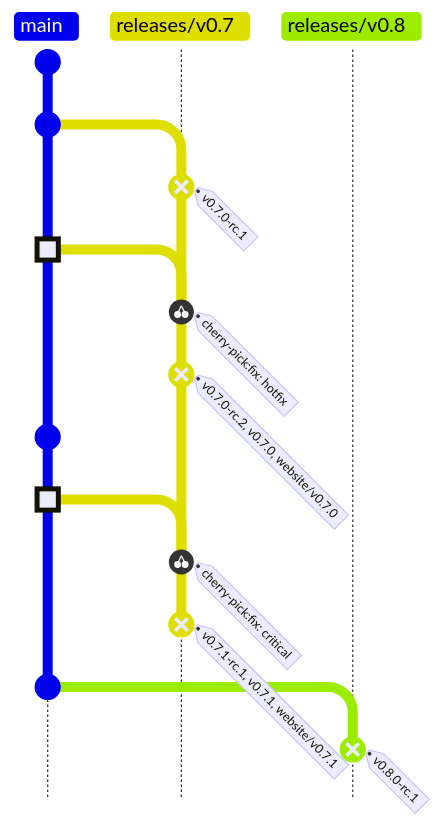
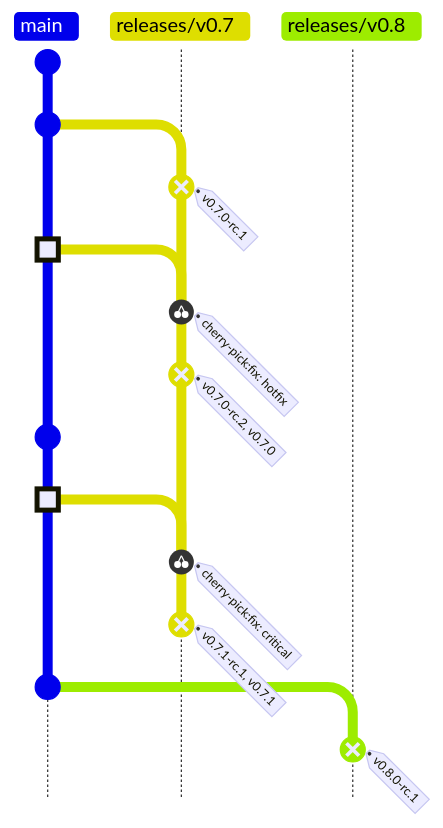
Before and after one commit to open-component-model/open-component-model: the first of 2 diagrams in RELEASE_PROCESS.md, drawn with Mermaid. The commit also changed other lines of this file, not shown here. Commit ids are hidden.

````diff
--- a/RELEASE_PROCESS.md
+++ b/RELEASE_PROCESS.md
@@ -22,22 +22,22 @@
 ```mermaid
 gitGraph TB:
     commit id: "feat: foo"
     commit id: "feat: bar"
     branch "releases/v0.7"
     commit tag: "v0.7.0-rc.1" type: REVERSE
     checkout main
     commit id: "fix: hotfix" type: HIGHLIGHT
     checkout "releases/v0.7"
     cherry-pick id: "fix: hotfix"
-    commit tag: "v0.7.0-rc.2, v0.7.0, website/v0.7.0" type: REVERSE
+    commit tag: "v0.7.0-rc.2, v0.7.0" type: REVERSE
     checkout main
     commit id: "feat: baz"
     commit id: "fix: critical" type: HIGHLIGHT
     checkout "releases/v0.7"
     cherry-pick id: "fix: critical"
-    commit tag: "v0.7.1-rc.1, v0.7.1, website/v0.7.1" type: REVERSE
+    commit tag: "v0.7.1-rc.1, v0.7.1" type: REVERSE
     checkout main
     commit id: "feat: qux"
     branch "releases/v0.8"
     commit tag: "v0.8.0-rc.1" type: REVERSE
 ```
````
